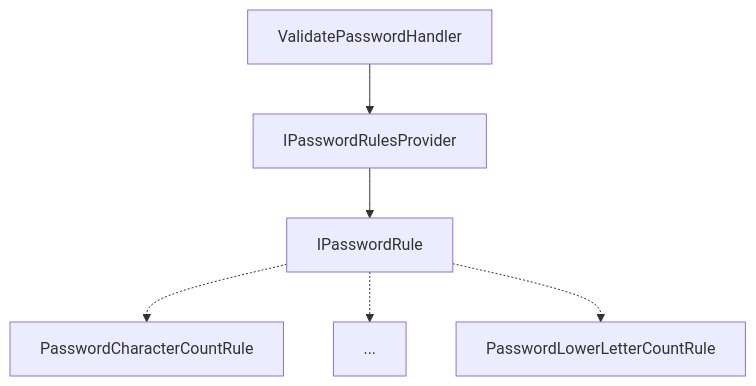
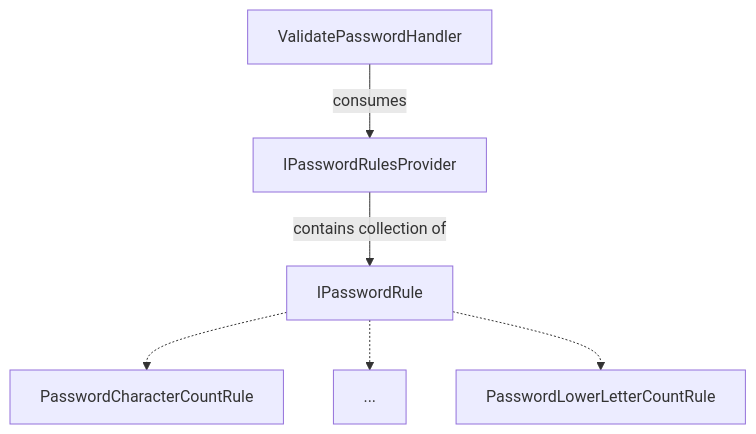
The first of 4 diagrams in README.md (vqalves/interplayers-password-validator), drawn with Mermaid before and after one commit. The commit also changed other lines of this file and 13 other files, not shown here.

````diff
--- a/README.md
+++ b/README.md
@@ -30,8 +34,8 @@
 ```mermaid
 graph TD;
-    ValidatePasswordHandler-->IPasswordRulesProvider;
-    IPasswordRulesProvider-->IPasswordRule
+    ValidatePasswordHandler-->|consumes|IPasswordRulesProvider;
+    IPasswordRulesProvider-->|contains collection of|IPasswordRule
     IPasswordRule-.->PasswordCharacterCountRule
     IPasswordRule-.->...
     IPasswordRule-.->PasswordLowerLetterCountRule
 ```
````
